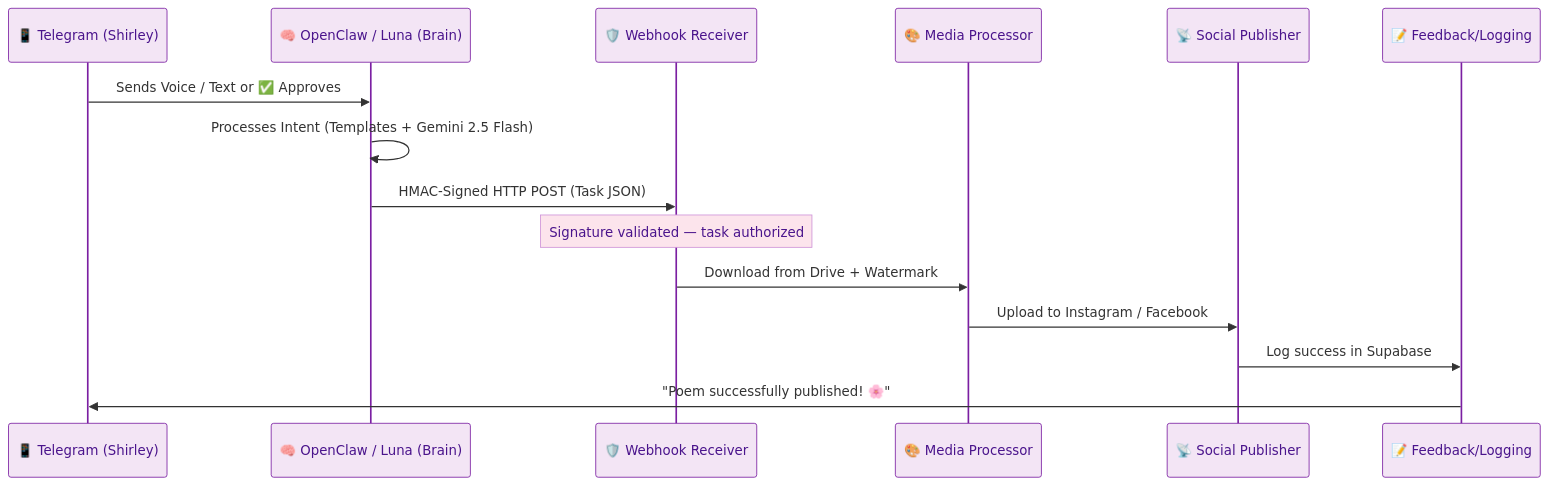
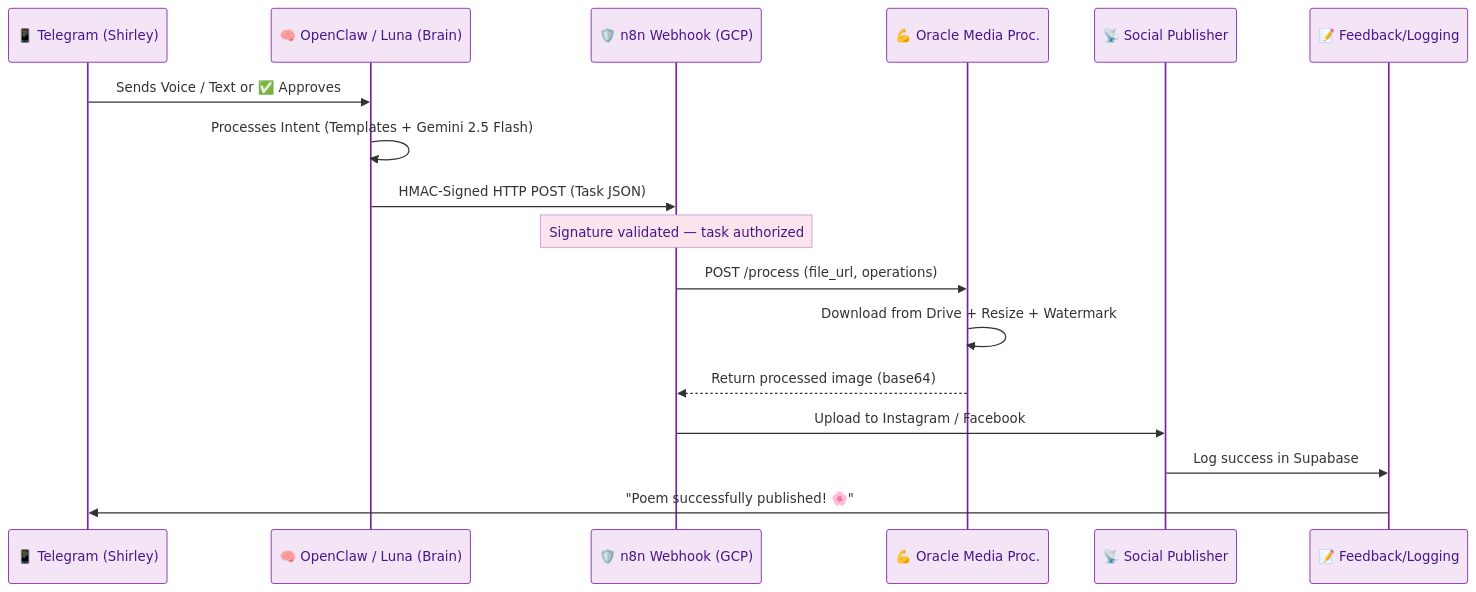
One commit to aleocampodev/LobsterMarketing changed the second of 3 diagrams in specs/architecture.md. Above: the diagram before and after it, drawn with Mermaid. The commit also changed other lines of this file and 8 other files, not shown here.

First line of the commit message:
docs: add Oracle Cloud Media Processor for heavy media operations (ADR-004)

````diff
--- a/specs/architecture.md
+++ b/specs/architecture.md
@@ -99,31 +117,33 @@
 ```mermaid
 %%{init: {'theme': 'base', 'themeVariables': {
   'actorTextColor': '#4A148C',
   'actorBorder': '#7B1FA2',
   'actorBkg': '#F3E5F5',
   'activationBorderColor': '#F57F17',
   'activationBkgColor': '#FFF8E1',
   'sequenceNumberColor': '#4A148C',
   'noteBorderColor': '#CE93D8',
   'noteBkgColor': '#FCE4EC',
   'noteTextColor': '#4A148C',
   'labelTextColor': '#4A148C',
   'loopTextColor': '#F57F17'
 }}}%%
 sequenceDiagram
     participant T as 📱 Telegram (Shirley)
     participant O as 🧠 OpenClaw / Luna (Brain)
-    participant W as 🛡️ Webhook Receiver
-    participant MP as 🎨 Media Processor
+    participant W as 🛡️ n8n Webhook (GCP)
+    participant MP as 💪 Oracle Media Proc.
     participant SP as 📡 Social Publisher
     participant FL as 📝 Feedback/Logging
 
     T->>O: Sends Voice / Text or ✅ Approves
     O->>O: Processes Intent (Templates + Gemini 2.5 Flash)
     O->>W: HMAC-Signed HTTP POST (Task JSON)
     Note over W: Signature validated — task authorized
-    W->>MP: Download from Drive + Watermark
-    MP->>SP: Upload to Instagram / Facebook
+    W->>MP: POST /process (file_url, operations)
+    MP->>MP: Download from Drive + Resize + Watermark
+    MP-->>W: Return processed image (base64)
+    W->>SP: Upload to Instagram / Facebook
     SP->>FL: Log success in Supabase
     FL->>T: "Poem successfully published! 🌸"
 ```
````
